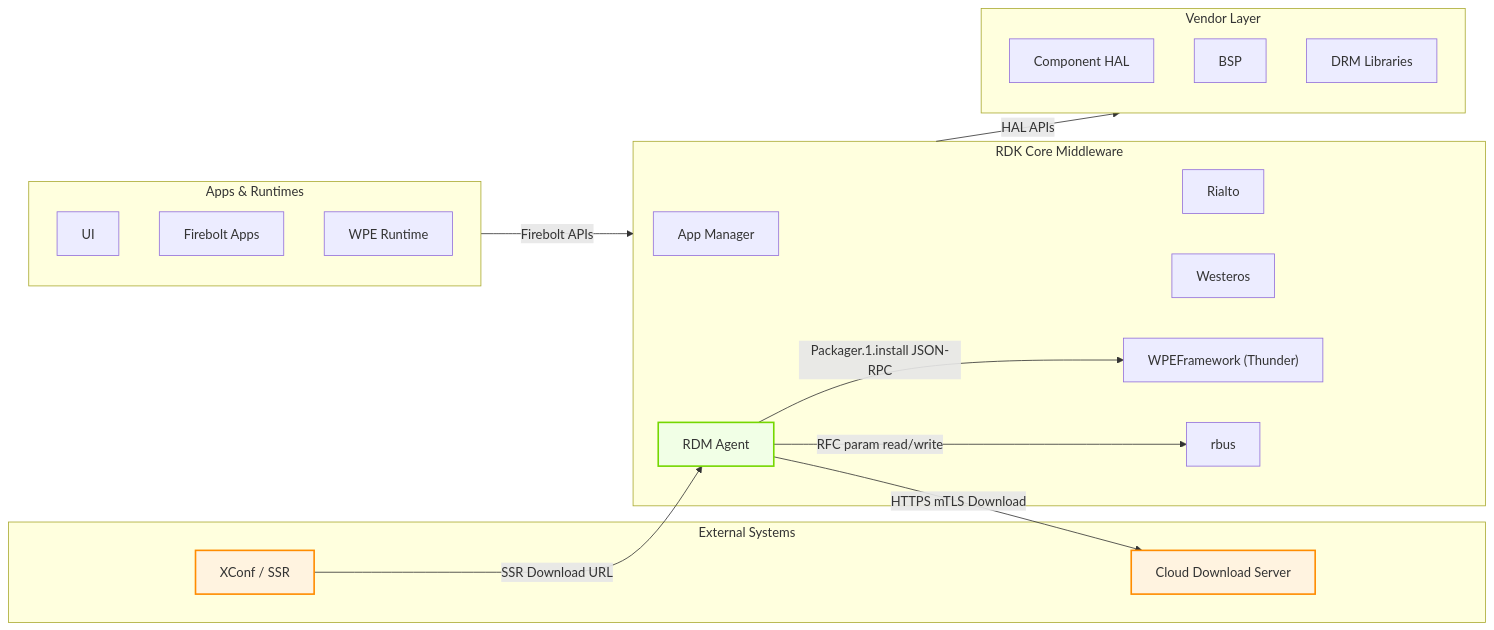
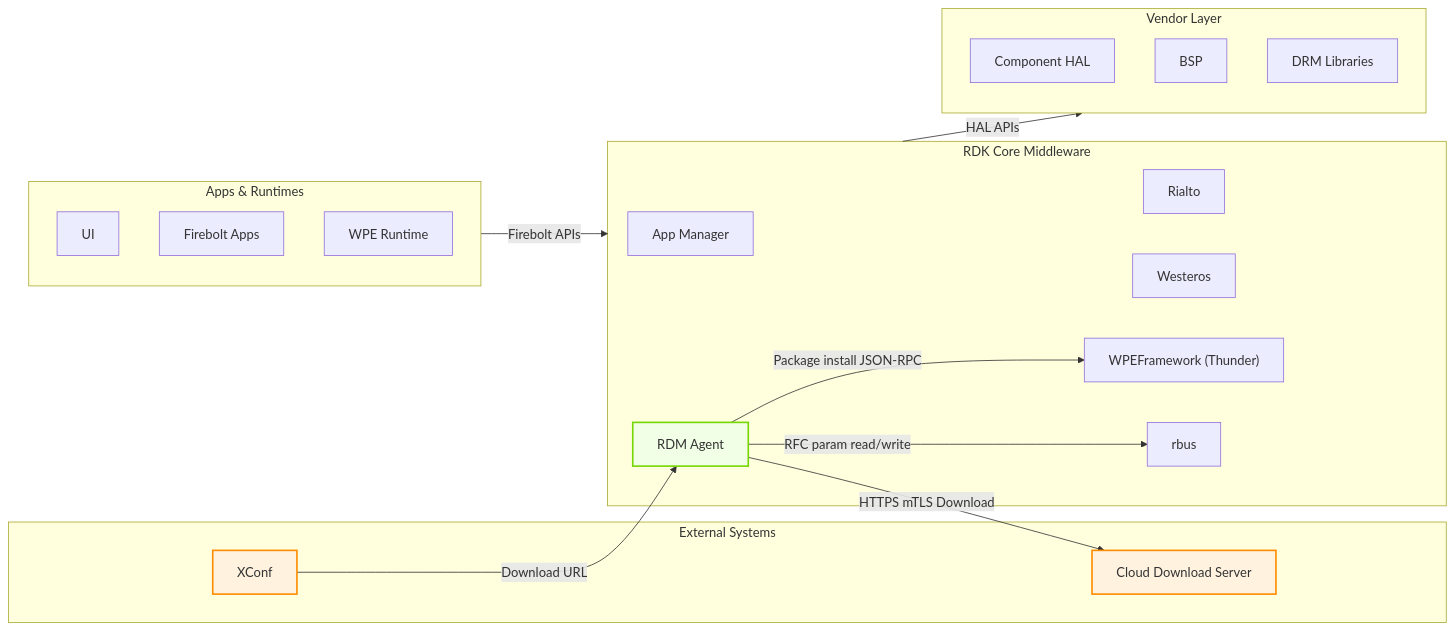
The first of 7 diagrams in docs/docu/RDKV-Documentations/rdm-agent.md (rns21/RDK_Documentation), drawn with Mermaid before and after one commit. The commit also changed other lines of this file, not shown here.

````diff
--- a/docs/docu/RDKV-Documentations/rdm-agent.md
+++ b/docs/docu/RDKV-Documentations/rdm-agent.md
@@ -9,49 +9,49 @@
 ```mermaid
 flowchart LR
 
 %% Styles
 classDef Apps stroke:#00B9F1,fill:#E6F7FD,stroke-width:2px;
 classDef RDKMW stroke:#75D701,fill:#F1FFE6,stroke-width:2px;
 classDef VL stroke:#808080,fill:#F2F2F2,stroke-width:2px;
 classDef Ext stroke:#FF8C00,fill:#FFF3E0,stroke-width:2px;
 
 %% External Systems
     subgraph ExtSys["External Systems"]
         CloudSrv["Cloud Download Server"]
-        XConf["XConf / SSR"]
+        XConf["XConf"]
     end
 
 %% Apps Layer
     subgraph Apps["Apps & Runtimes"]
         RDKUI["UI"]
         FBApps["Firebolt Apps"]
         WPE_RT["WPE Runtime"]
     end
 
 %% Middleware
     subgraph RDKMW["RDK Core Middleware"]
         AM["App Manager"]
         Rialto["Rialto"]
         Westeros["Westeros"]
         Thunder["WPEFramework (Thunder)"]
         RDMAgent["RDM Agent"]
         RbusD["rbus"]
     end
 
 %% Vendor Layer
     subgraph VL["Vendor Layer"]
         HAL["Component HAL"]
         BSP["BSP"]
         DRM["DRM Libraries"]
     end
 
     Apps -->|Firebolt APIs| RDKMW
     RDKMW -->|HAL APIs| VL
-    XConf -->|SSR Download URL| RDMAgent
+    XConf -->|Download URL| RDMAgent
     RDMAgent -->|HTTPS mTLS Download| CloudSrv
     RDMAgent -->|RFC param read/write| RbusD
-    RDMAgent -->|Packager.1.install JSON-RPC| Thunder
+    RDMAgent -->|Package install JSON-RPC| Thunder
 
 class RDMAgent RDKMW;
 class CloudSrv,XConf Ext;
 ```
````
